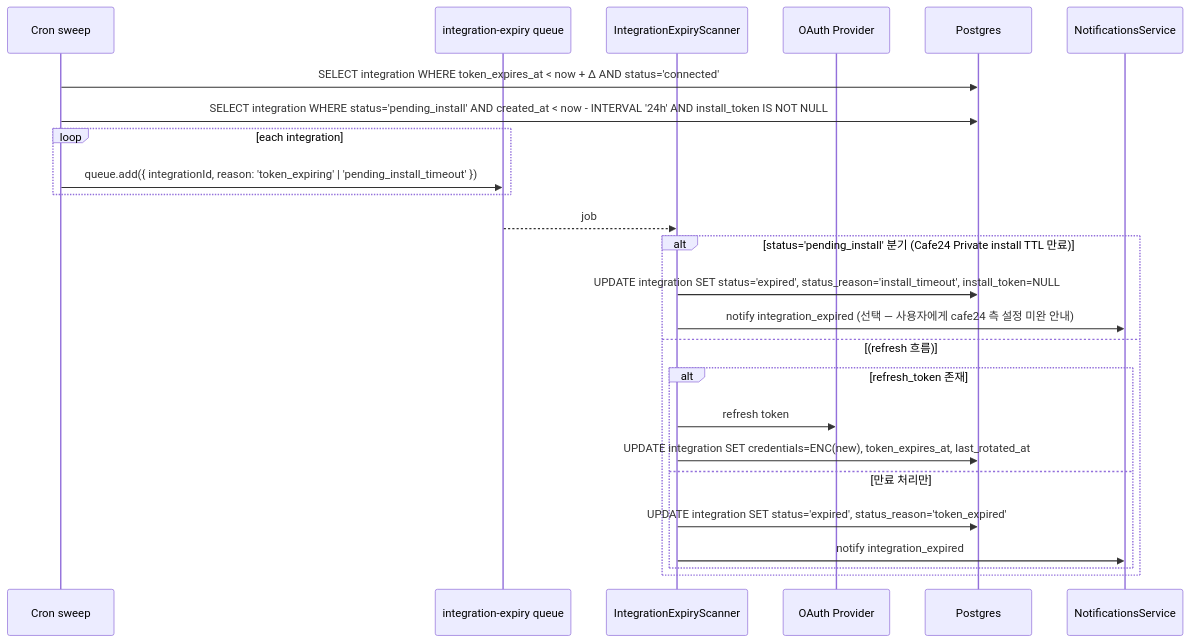
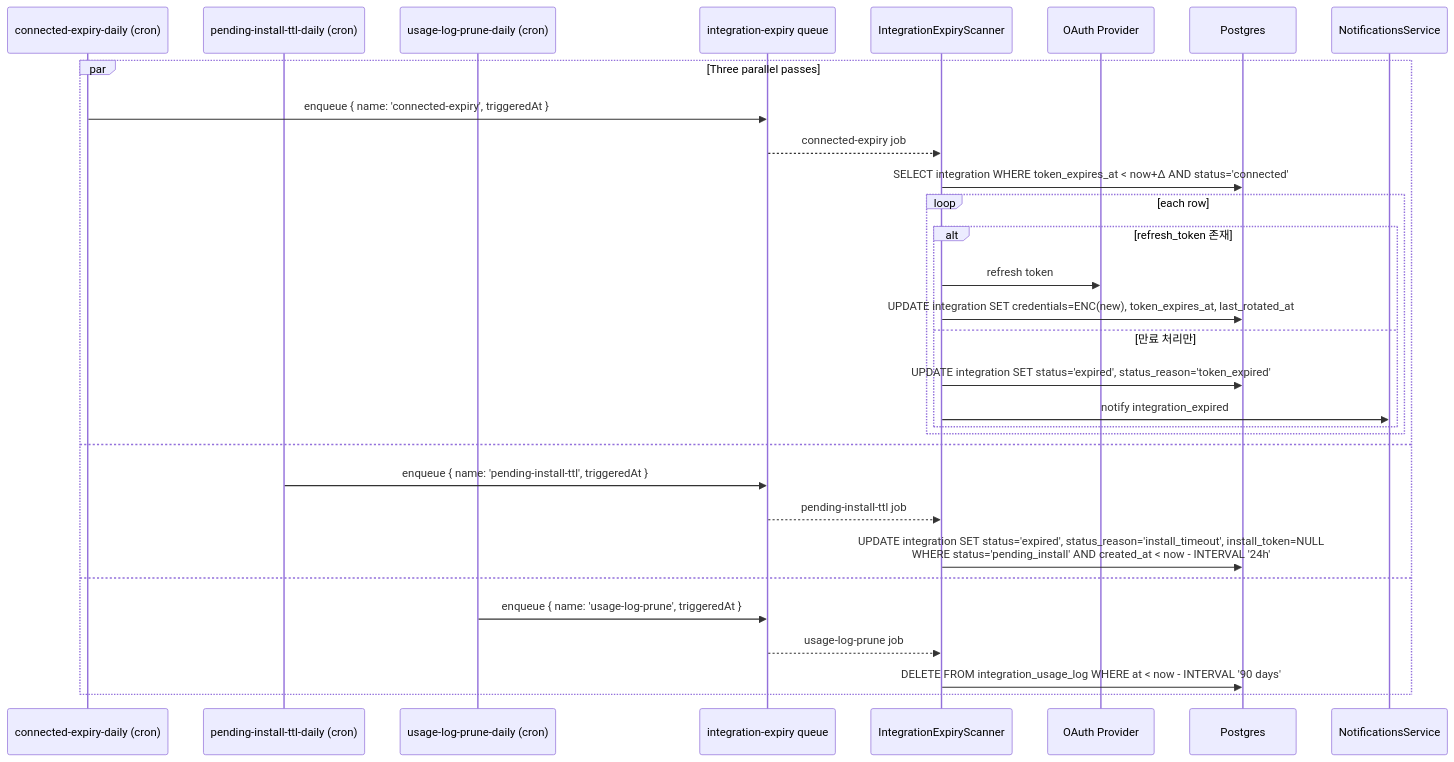
The fifth of 6 diagrams in spec/data-flow/integration.md (worker-ants/clemvion), drawn with Mermaid before and after one commit. The commit also changed other lines of this file and 10 other files, not shown here.

First line of the commit message:
refactor(integration): integration-expiry 3 개 pass 별 BullMQ job 분리

````diff
--- a/spec/data-flow/integration.md
+++ b/spec/data-flow/integration.md
@@ -130,28 +138,34 @@
 ```mermaid
 sequenceDiagram
-  participant Cron as Cron sweep
+  participant CE as connected-expiry-daily (cron)
+  participant PT as pending-install-ttl-daily (cron)
+  participant UP as usage-log-prune-daily (cron)
   participant Q as integration-expiry queue
   participant Scan as IntegrationExpiryScanner
   participant Prov as OAuth Provider
   participant PG as Postgres
   participant Noti as NotificationsService
 
-  Cron->>PG: SELECT integration WHERE token_expires_at < now + Δ AND status='connected'
-  Cron->>PG: SELECT integration WHERE status='pending_install' AND created_at < now - INTERVAL '24h' AND install_token IS NOT NULL
-  loop each integration
-    Cron->>Q: queue.add({ integrationId, reason: 'token_expiring' | 'pending_install_timeout' })
-  end
-  Q-->>Scan: job
-  alt status='pending_install' 분기 (Cafe24 Private install TTL 만료)
-    Scan->>PG: UPDATE integration SET status='expired', status_reason='install_timeout', install_token=NULL
-    Scan->>Noti: notify integration_expired (선택 — 사용자에게 cafe24 측 설정 미완 안내)
-  else (refresh 흐름)
-    alt refresh_token 존재
-      Scan->>Prov: refresh token
-      Scan->>PG: UPDATE integration SET credentials=ENC(new), token_expires_at, last_rotated_at
-    else 만료 처리만
-      Scan->>PG: UPDATE integration SET status='expired', status_reason='token_expired'
-      Scan->>Noti: notify integration_expired
+  par Three parallel passes
+    CE->>Q: enqueue { name: 'connected-expiry', triggeredAt }
+    Q-->>Scan: connected-expiry job
+    Scan->>PG: SELECT integration WHERE token_expires_at < now+Δ AND status='connected'
+    loop each row
+      alt refresh_token 존재
+        Scan->>Prov: refresh token
+        Scan->>PG: UPDATE integration SET credentials=ENC(new), token_expires_at, last_rotated_at
+      else 만료 처리만
+        Scan->>PG: UPDATE integration SET status='expired', status_reason='token_expired'
+        Scan->>Noti: notify integration_expired
+      end
     end
+  and
+    PT->>Q: enqueue { name: 'pending-install-ttl', triggeredAt }
+    Q-->>Scan: pending-install-ttl job
+    Scan->>PG: UPDATE integration SET status='expired', status_reason='install_timeout', install_token=NULL<br/>WHERE status='pending_install' AND created_at < now - INTERVAL '24h'
+  and
+    UP->>Q: enqueue { name: 'usage-log-prune', triggeredAt }
+    Q-->>Scan: usage-log-prune job
+    Scan->>PG: DELETE FROM integration_usage_log WHERE at < now - INTERVAL '90 days'
   end
 ```
````
